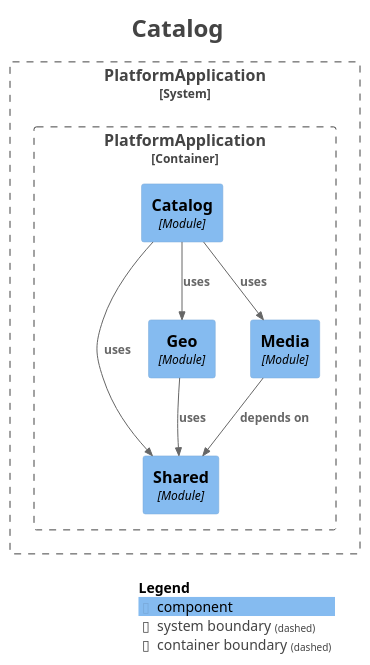
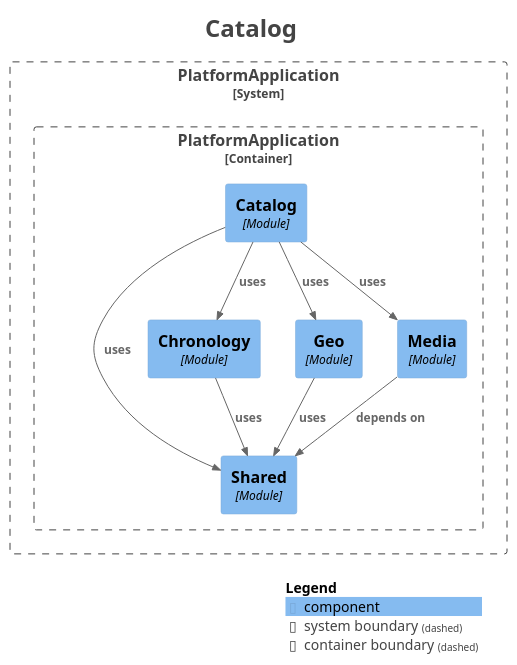
Before and after one commit to Asiman77/HistoryAsAGame: the diagram in docs/modules/module-catalog.puml, drawn with PlantUML. The commit also changed 8 other files, not shown here.

Commit message:
docs: phase 9 notes, ADR-0015 (geo and chronology queries) and module docs

```diff
--- a/docs/modules/module-catalog.puml
+++ b/docs/modules/module-catalog.puml
@@ -1,36 +1,39 @@
 @startuml
 title <size:24>Catalog</size>
 
 set separator none
 top to bottom direction
 
 <style>
   root {
     BackgroundColor: #ffffff
     FontColor: #444444
   }
 </style>
 
 !include <C4/C4>
 !include <C4/C4_Context>
 !include <C4/C4_Component>
 
 System_Boundary("PlatformApplication_boundary", "PlatformApplication", $tags="") {
   Container_Boundary("PlatformApplication.PlatformApplication_boundary", "PlatformApplication", $tags="") {
     Component(PlatformApplication.PlatformApplication.Catalog, "Catalog", $techn="Module", $descr="", $tags="", $link="")
     Component(PlatformApplication.PlatformApplication.Shared, "Shared", $techn="Module", $descr="", $tags="", $link="")
+    Component(PlatformApplication.PlatformApplication.Chronology, "Chronology", $techn="Module", $descr="", $tags="", $link="")
     Component(PlatformApplication.PlatformApplication.Geo, "Geo", $techn="Module", $descr="", $tags="", $link="")
     Component(PlatformApplication.PlatformApplication.Media, "Media", $techn="Module", $descr="", $tags="", $link="")
   }
 
 }
 
 Rel(PlatformApplication.PlatformApplication.Geo, PlatformApplication.PlatformApplication.Shared, "uses", $techn="", $tags="", $link="")
 Rel(PlatformApplication.PlatformApplication.Media, PlatformApplication.PlatformApplication.Shared, "depends on", $techn="", $tags="", $link="")
+Rel(PlatformApplication.PlatformApplication.Chronology, PlatformApplication.PlatformApplication.Shared, "uses", $techn="", $tags="", $link="")
 Rel(PlatformApplication.PlatformApplication.Catalog, PlatformApplication.PlatformApplication.Shared, "uses", $techn="", $tags="", $link="")
+Rel(PlatformApplication.PlatformApplication.Catalog, PlatformApplication.PlatformApplication.Chronology, "uses", $techn="", $tags="", $link="")
 Rel(PlatformApplication.PlatformApplication.Catalog, PlatformApplication.PlatformApplication.Geo, "uses", $techn="", $tags="", $link="")
 Rel(PlatformApplication.PlatformApplication.Catalog, PlatformApplication.PlatformApplication.Media, "uses", $techn="", $tags="", $link="")
 
 SHOW_LEGEND(true)
 hide stereotypes
 @enduml
```
